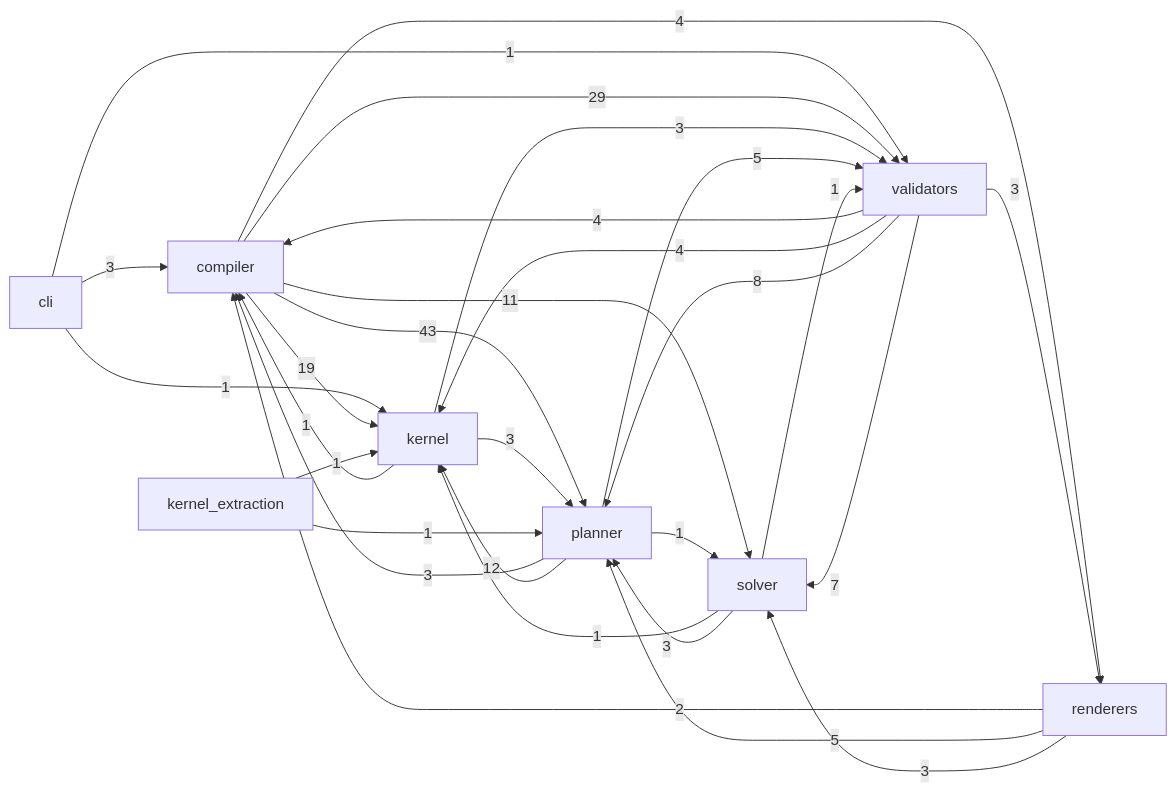
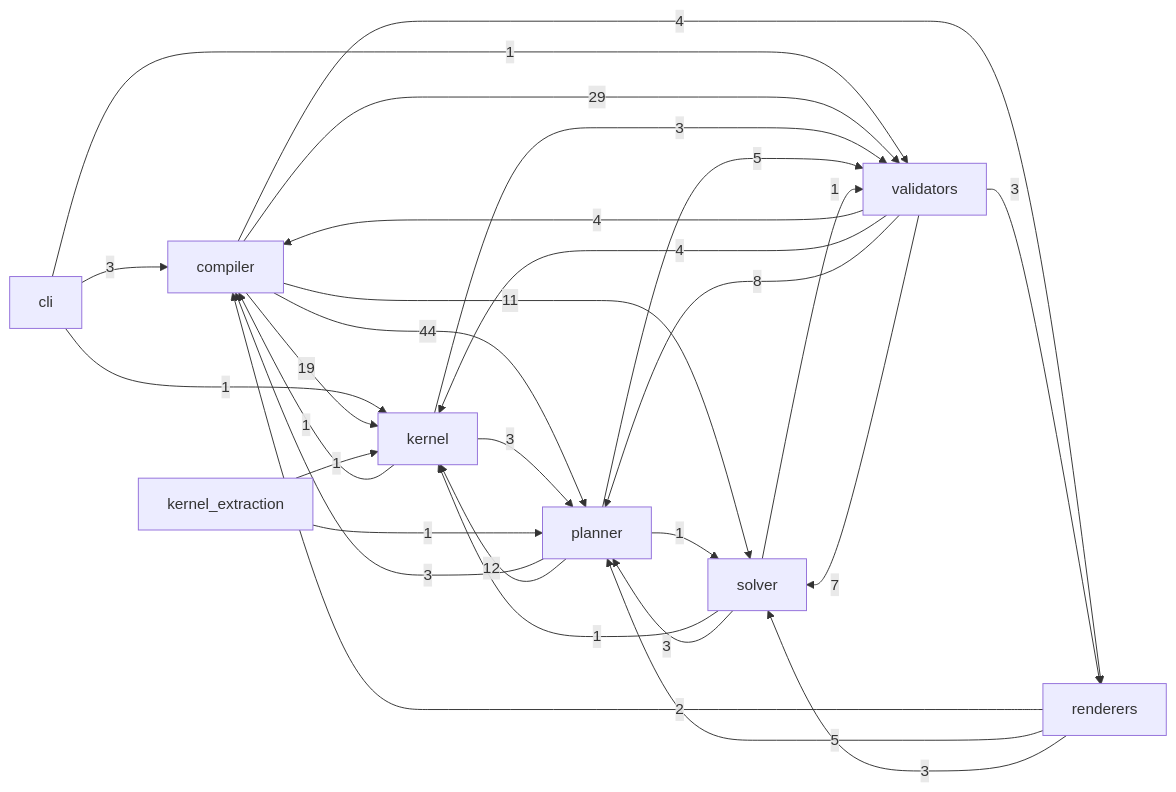
Before and after one commit to Kingsley-Cyber/cinematic-compiler-core: the diagram in docs/reference/code.md, drawn with Mermaid. The commit also changed other lines of this file and 57 other files, not shown here.

````diff
--- a/docs/reference/code.md
+++ b/docs/reference/code.md
@@ -15,31 +15,31 @@
 ```mermaid
 flowchart LR
   cli -->|3| compiler
   cli -->|1| kernel
   cli -->|1| validators
   compiler -->|19| kernel
-  compiler -->|43| planner
+  compiler -->|44| planner
   compiler -->|4| renderers
   compiler -->|11| solver
   compiler -->|29| validators
   kernel -->|1| compiler
   kernel -->|3| planner
   kernel -->|3| validators
   kernel_extraction -->|1| kernel
   kernel_extraction -->|1| planner
   planner -->|3| compiler
   planner -->|12| kernel
   planner -->|1| solver
   planner -->|5| validators
   renderers -->|2| compiler
   renderers -->|5| planner
   renderers -->|3| solver
   solver -->|1| kernel
   solver -->|3| planner
   solver -->|1| validators
   validators -->|4| compiler
   validators -->|4| kernel
   validators -->|8| planner
   validators -->|3| renderers
   validators -->|7| solver
 ```
````
